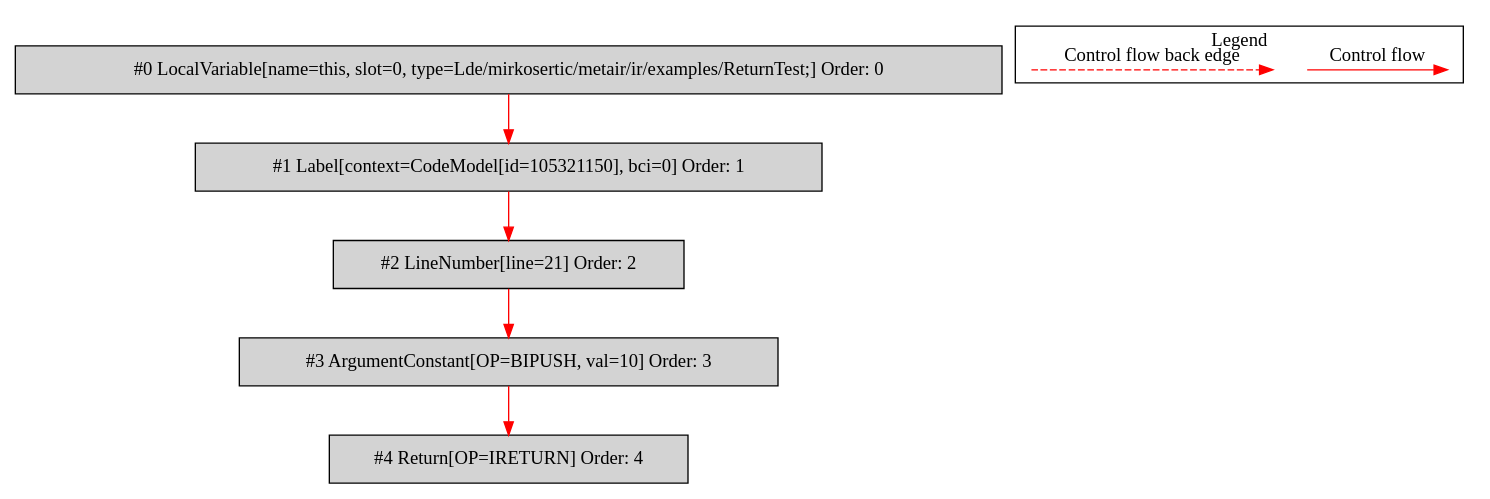
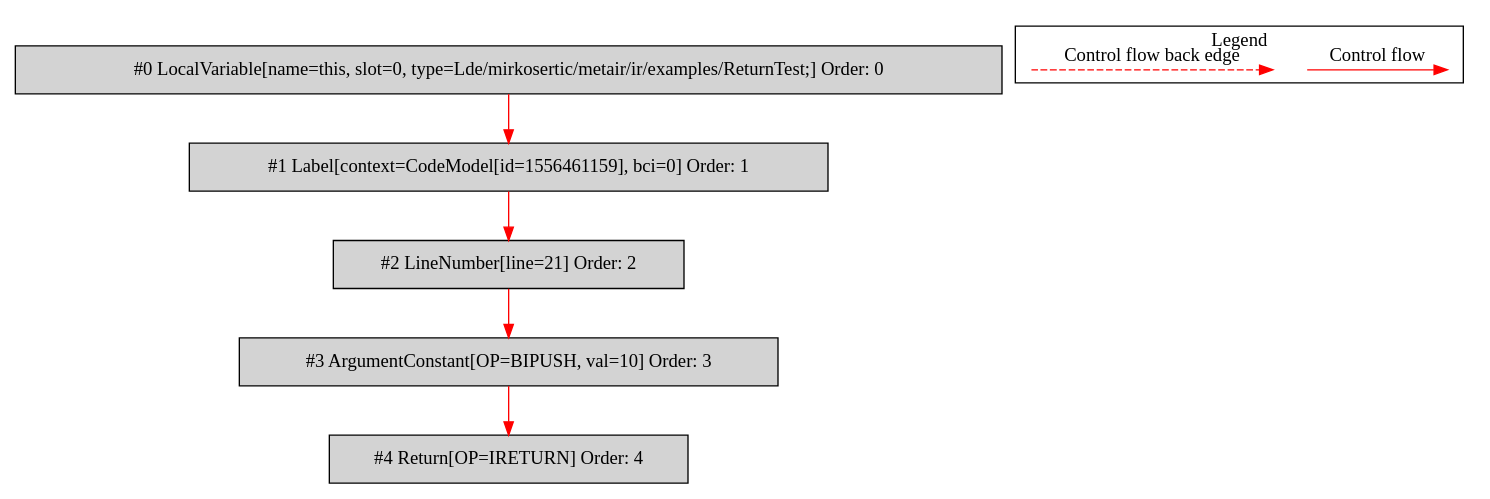
One commit to mirkosertic/MetaIR changed the diagram in de.mirkosertic.metair.ir.examples.ReturnTest/returnShort/bytecodecfg.dot. Above: the diagram before and after it, drawn with Graphviz. The commit also changed 27 other files, not shown here.

```diff
--- a/de.mirkosertic.metair.ir.examples.ReturnTest/returnShort/bytecodecfg.dot
+++ b/de.mirkosertic.metair.ir.examples.ReturnTest/returnShort/bytecodecfg.dot
@@ -1,25 +1,25 @@
 digraph {
  node0[label="#0 LocalVariable[name=this, slot=0, type=Lde/mirkosertic/metair/ir/examples/ReturnTest;] Order: 0", shape=box, fillcolor=lightgrey, style=filled];
- node1[label="#1 Label[context=CodeModel[id=105321150], bci=0] Order: 1", shape=box, fillcolor=lightgrey, style=filled];
+ node1[label="#1 Label[context=CodeModel[id=1556461159], bci=0] Order: 1", shape=box, fillcolor=lightgrey, style=filled];
  node2[label="#2 LineNumber[line=21] Order: 2", shape=box, fillcolor=lightgrey, style=filled];
  node3[label="#3 ArgumentConstant[OP=BIPUSH, val=10] Order: 3", shape=box, fillcolor=lightgrey, style=filled];
  node4[label="#4 Return[OP=IRETURN] Order: 4", shape=box, fillcolor=lightgrey, style=filled];
  node0 -> node1[color=red];
  node1 -> node2[color=red];
  node2 -> node3[color=red];
  node3 -> node4[color=red];
  subgraph cluster_000 {
   label = "Legend";
   node [shape=point]
   {
    rank=same;
    c0 [style = invis];
    c1 [style = invis];
    c2 [style = invis];
    c3 [style = invis];
   }
   c0 -> c1 [label="Control flow", style=solid, color=red]
   c2 -> c3 [label="Control flow back edge", style=dashed, color=red]
  }
 
 }
```
